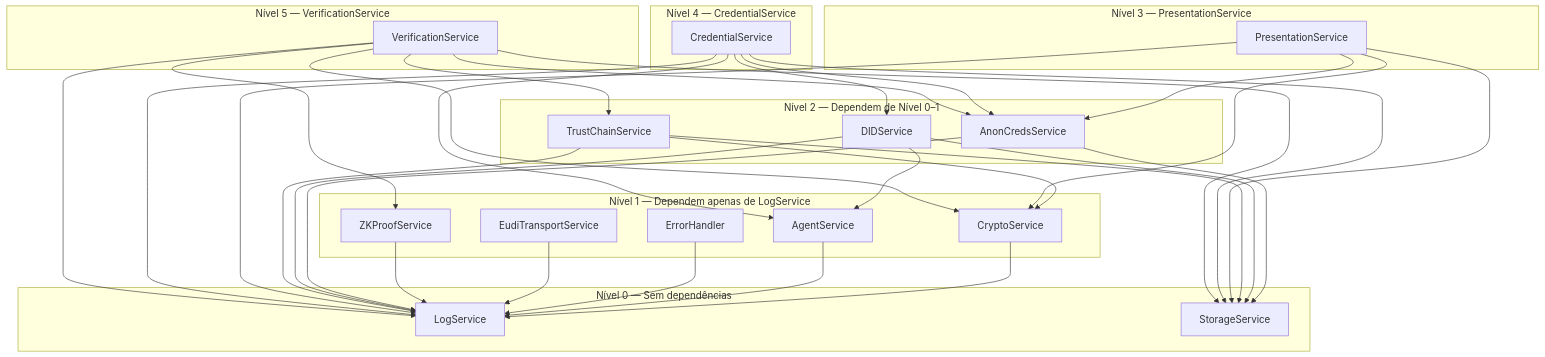
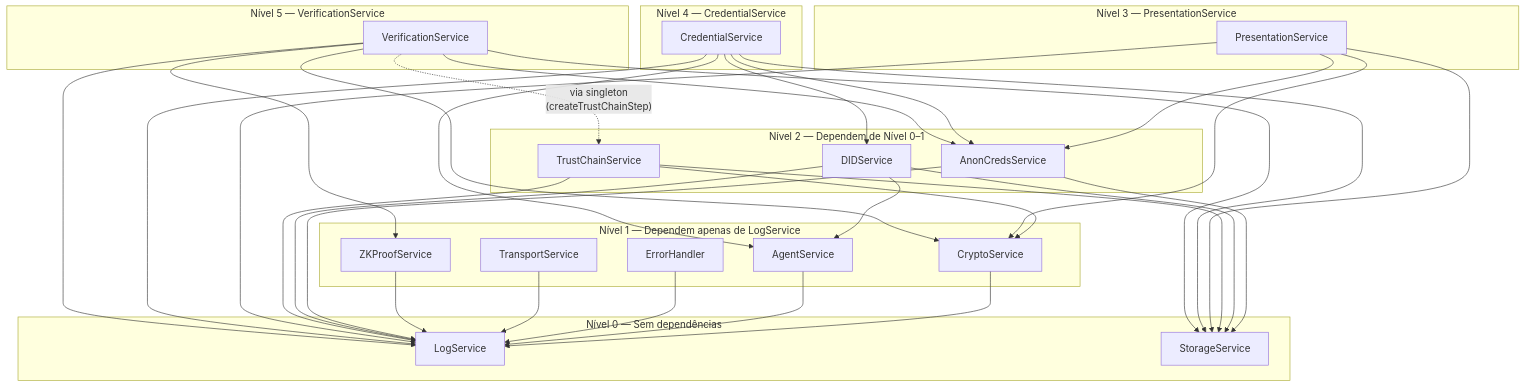
One commit to Soul-Legend/DigitalWallet changed the diagram in docs/ARCHITECTURE.md. Above: the diagram before and after it, drawn with Mermaid. The commit also changed other lines of this file and 8 other files, not shown here.

````diff
--- a/docs/ARCHITECTURE.md
+++ b/docs/ARCHITECTURE.md
@@ -427,50 +439,50 @@
 ```mermaid
 graph TD
     subgraph "Nível 0 — Sem dependências"
         LogService
         StorageService
     end
 
     subgraph "Nível 1 — Dependem apenas de LogService"
         CryptoService --> LogService
         AgentService --> LogService
         ErrorHandler --> LogService
-        EudiTransportService --> LogService
+        TransportService --> LogService
         ZKProofService --> LogService
     end
 
     subgraph "Nível 2 — Dependem de Nível 0–1"
         AnonCredsService --> LogService
         AnonCredsService --> StorageService
         DIDService --> LogService
         DIDService --> StorageService
         DIDService --> AgentService
         TrustChainService --> CryptoService
         TrustChainService --> StorageService
         TrustChainService --> LogService
     end
 
     subgraph "Nível 3 — PresentationService"
         PresentationService --> LogService
         PresentationService --> CryptoService
         PresentationService --> StorageService
         PresentationService --> AnonCredsService
     end
 
     subgraph "Nível 4 — CredentialService"
         CredentialService --> DIDService
         CredentialService --> StorageService
         CredentialService --> LogService
         CredentialService --> AgentService
         CredentialService --> AnonCredsService
     end
 
     subgraph "Nível 5 — VerificationService"
         VerificationService --> LogService
         VerificationService --> CryptoService
         VerificationService --> StorageService
         VerificationService --> ZKProofService
         VerificationService --> AnonCredsService
-        VerificationService --> TrustChainService
+        VerificationService -. "via singleton<br/>(createTrustChainStep)" .-> TrustChainService
     end
 ```
````
